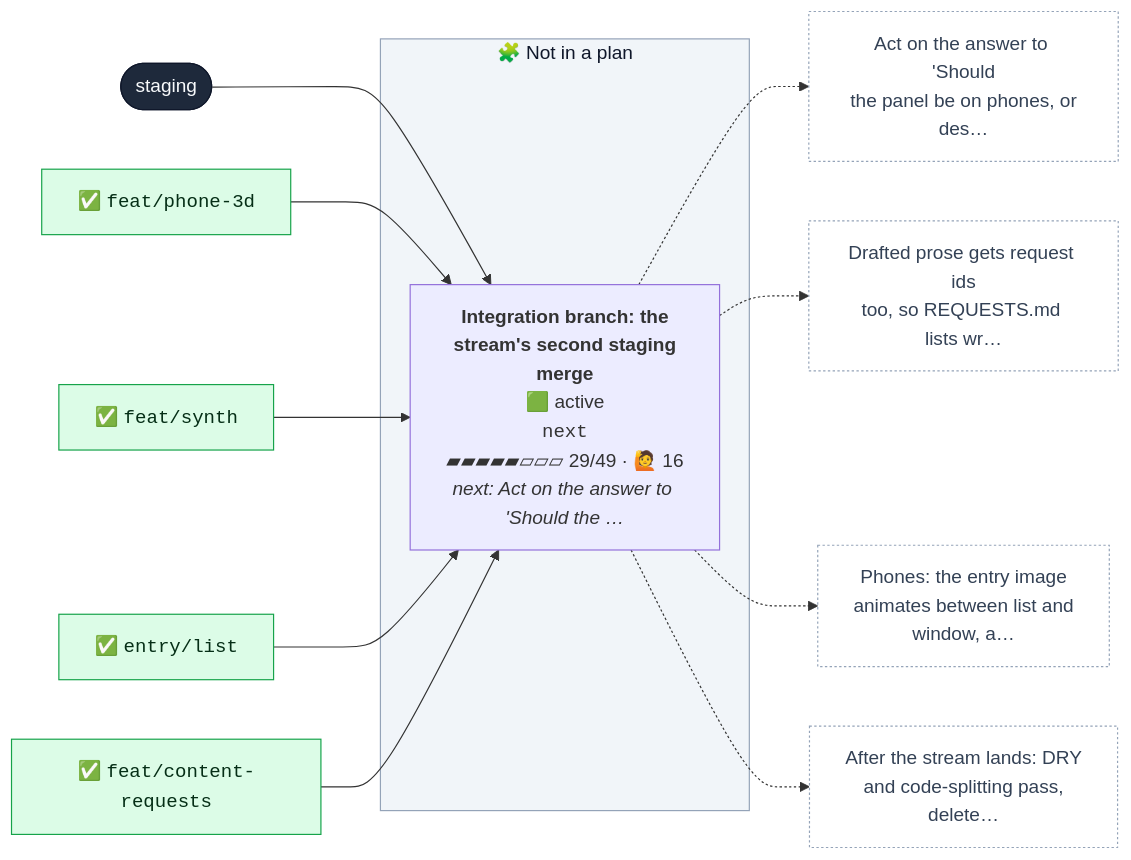
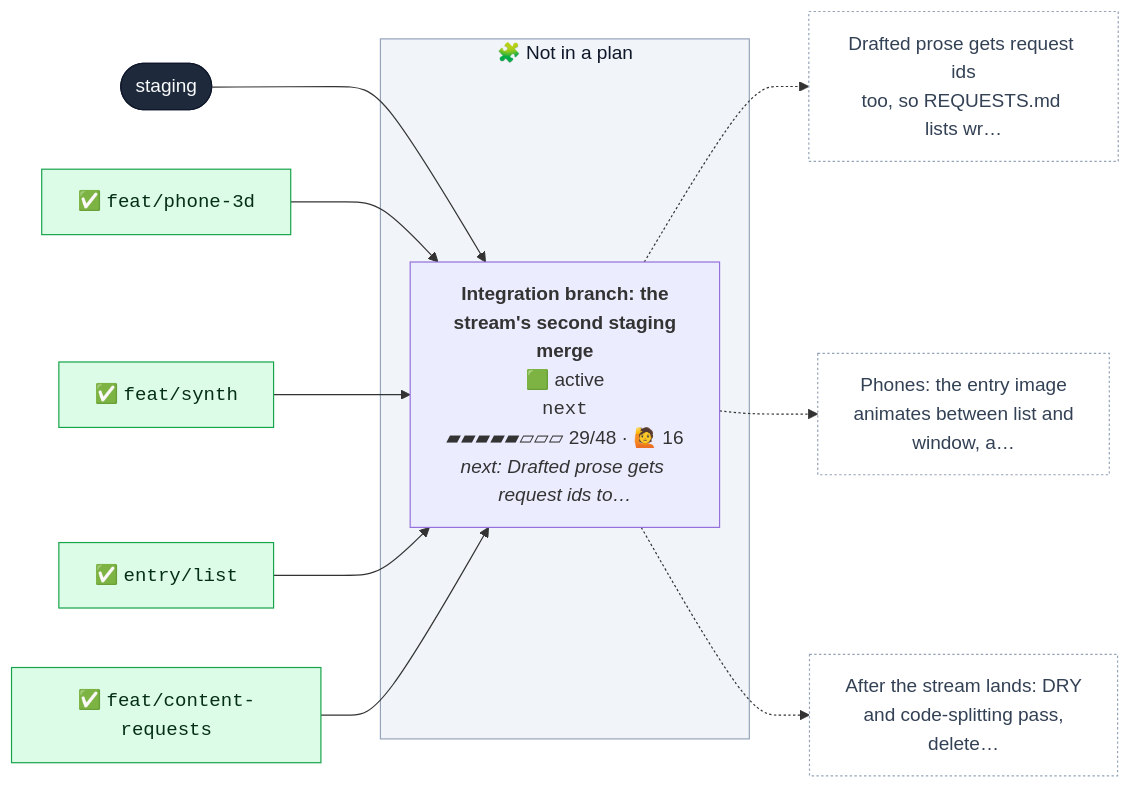
The first of 2 diagrams in CONTRIBUTING.md (henryjonescodes/portfolio), drawn with Mermaid before and after one commit. The commit also changed other lines of this file, not shown here.

````diff
--- a/CONTRIBUTING.md
+++ b/CONTRIBUTING.md
@@ -16,44 +16,41 @@
 ```mermaid
 flowchart LR
   n_staging([staging])
   class n_staging trunk
   subgraph loose["🧩 Not in a plan"]
-    n_next["<b>Integration branch: the<br/>stream's second staging<br/>merge</b><br/>🟩 active<br/><code>next</code><br/>▰▰▰▰▰▱▱▱ 29/49 · 🙋 16<br/><i>next: Act on the answer to 'Should the …</i>"]
+    n_next["<b>Integration branch: the<br/>stream's second staging<br/>merge</b><br/>🟩 active<br/><code>next</code><br/>▰▰▰▰▰▱▱▱ 29/48 · 🙋 16<br/><i>next: Drafted prose gets request ids to…</i>"]
     class n_next active,current
   end
   style loose fill:#f1f5f9,stroke:#94a3b8,color:#0f172a
   n_staging --> n_next
   n_next_m0["✅ <code>feat/phone-3d</code>"]
   class n_next_m0 merged
   n_next_m0 --> n_next
   n_next_m1["✅ <code>feat/synth</code>"]
   class n_next_m1 merged
   n_next_m1 --> n_next
   n_next_m2["✅ <code>entry/list</code>"]
   class n_next_m2 merged
   n_next_m2 --> n_next
   n_next_m3["✅ <code>feat/content-requests</code>"]
   class n_next_m3 merged
   n_next_m3 --> n_next
-  n_next_t0["Act on the answer to 'Should<br/>the panel be on phones, or<br/>des…"]
+  n_next_t0["Drafted prose gets request ids<br/>too, so REQUESTS.md lists wr…"]
   class n_next_t0 todo
   n_next -.-> n_next_t0
-  n_next_t1["Drafted prose gets request ids<br/>too, so REQUESTS.md lists wr…"]
+  n_next_t1["Phones: the entry image<br/>animates between list and<br/>window, a…"]
   class n_next_t1 todo
   n_next -.-> n_next_t1
-  n_next_t2["Phones: the entry image<br/>animates between list and<br/>window, a…"]
+  n_next_t2["After the stream lands: DRY<br/>and code-splitting pass,<br/>delete…"]
   class n_next_t2 todo
   n_next -.-> n_next_t2
-  n_next_t3["After the stream lands: DRY<br/>and code-splitting pass,<br/>delete…"]
-  class n_next_t3 todo
-  n_next -.-> n_next_t3
   classDef merged fill:#dcfce7,stroke:#16a34a,color:#052e16
   classDef todo fill:#ffffff,stroke:#94a3b8,stroke-dasharray:2 2,color:#334155
   classDef planned fill:#c7d2fe,stroke:#4f46e5,color:#1e1b4b
   classDef sketched fill:#f8fafc,stroke:#64748b,stroke-dasharray:4 3,color:#334155
   classDef active fill:#bbf7d0,stroke:#16a34a,stroke-width:3px,color:#052e16
   classDef review fill:#fde68a,stroke:#d97706,stroke-width:3px,color:#451a03
   classDef blocked fill:#fecaca,stroke:#dc2626,stroke-width:3px,color:#450a0a
   classDef trunk fill:#1e293b,stroke:#0f172a,color:#f8fafc
   classDef current stroke:#0ea5e9,stroke-width:5px
 ```
````
